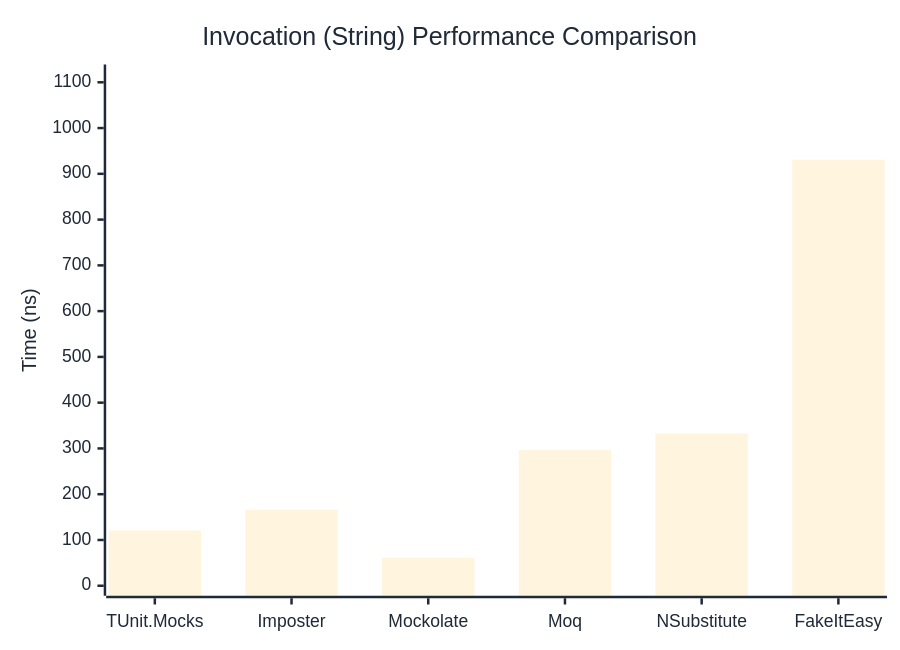
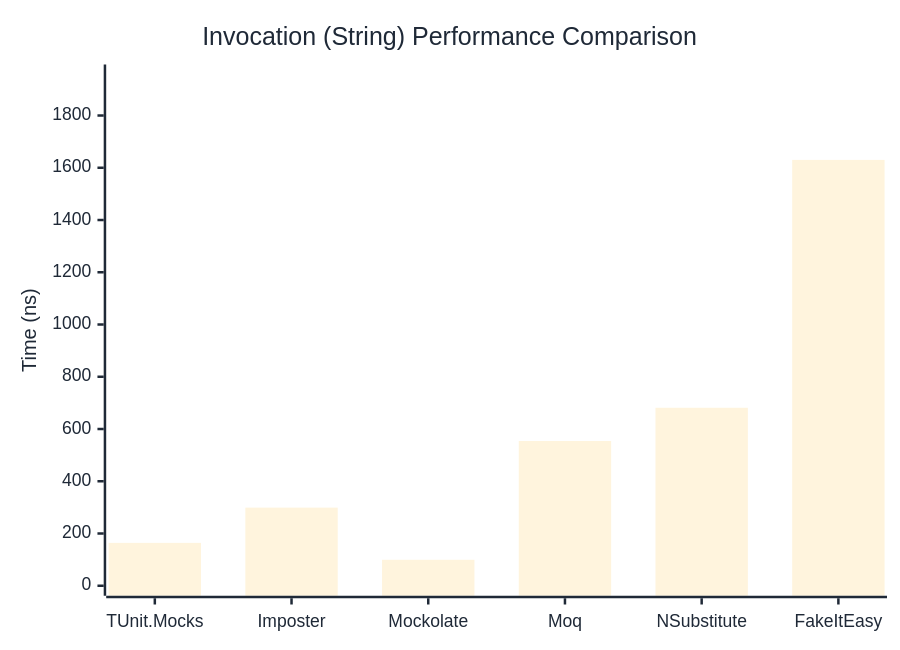
The second of 3 diagrams in docs/docs/benchmarks/mocks/Invocation.md (thomhurst/TUnit), drawn with Mermaid before and after one commit. The commit also changed other lines of this file and 14 other files, not shown here.

````diff
--- a/docs/docs/benchmarks/mocks/Invocation.md
+++ b/docs/docs/benchmarks/mocks/Invocation.md
@@ -71,27 +71,27 @@
 ```mermaid
 %%{init: {
   'theme':'base',
   'themeVariables': {
     'primaryColor': '#2563eb',
     'primaryTextColor': '#1f2937',
     'primaryBorderColor': '#1e40af',
     'lineColor': '#6b7280',
     'secondaryColor': '#7c3aed',
     'tertiaryColor': '#dc2626',
     'background': '#ffffff',
     'pie1': '#2563eb',
     'pie2': '#7c3aed',
     'pie3': '#dc2626',
     'pie4': '#f59e0b',
     'pie5': '#10b981',
     'pie6': '#06b6d4',
     'pie7': '#ec4899',
     'pie8': '#6366f1'
   }
 }}%%
 xychart-beta
   title "Invocation (String) Performance Comparison"
   x-axis ["TUnit.Mocks", "Imposter", "Mockolate", "Moq", "NSubstitute", "FakeItEasy"]
-  y-axis "Time (ns)" 0 --> 1117
-  bar [120.72, 166.34, 61.33, 296.37, 333, 930.56]
+  y-axis "Time (ns)" 0 --> 1957
+  bar [164.17, 299.06, 99.39, 554.12, 681.35, 1630.14]
 ```
````
